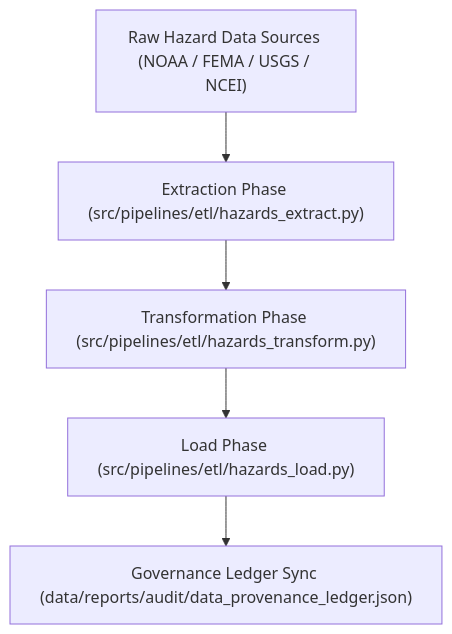
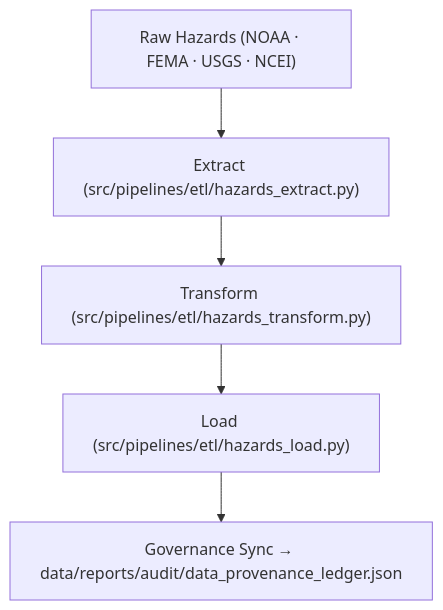
One commit to bartytime4life/Kansas-Frontier-Matrix changed the diagram in data/work/tmp/hazards/logs/etl/README.md. Above: the diagram before and after it, drawn with Mermaid. The commit also changed other lines of this file, not shown here.

````diff
--- a/data/work/tmp/hazards/logs/etl/README.md
+++ b/data/work/tmp/hazards/logs/etl/README.md
@@ -87,7 +83,7 @@
 ```mermaid
 flowchart TD
-    A["Raw Hazard Data Sources (NOAA / FEMA / USGS / NCEI)"] --> B["Extraction Phase (src/pipelines/etl/hazards_extract.py)"]
-    B --> C["Transformation Phase (src/pipelines/etl/hazards_transform.py)"]
-    C --> D["Load Phase (src/pipelines/etl/hazards_load.py)"]
-    D --> E["Governance Ledger Sync (data/reports/audit/data_provenance_ledger.json)"]
+    A["Raw Hazards (NOAA · FEMA · USGS · NCEI)"] --> B["Extract (src/pipelines/etl/hazards_extract.py)"]
+    B --> C["Transform (src/pipelines/etl/hazards_transform.py)"]
+    C --> D["Load (src/pipelines/etl/hazards_load.py)"]
+    D --> E["Governance Sync → data/reports/audit/data_provenance_ledger.json"]
 ```
````
